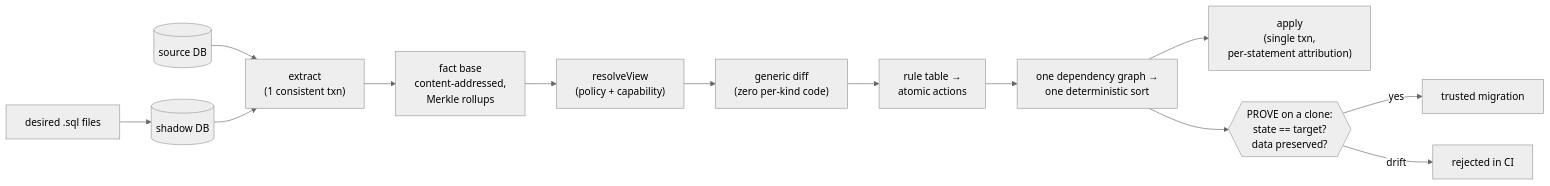
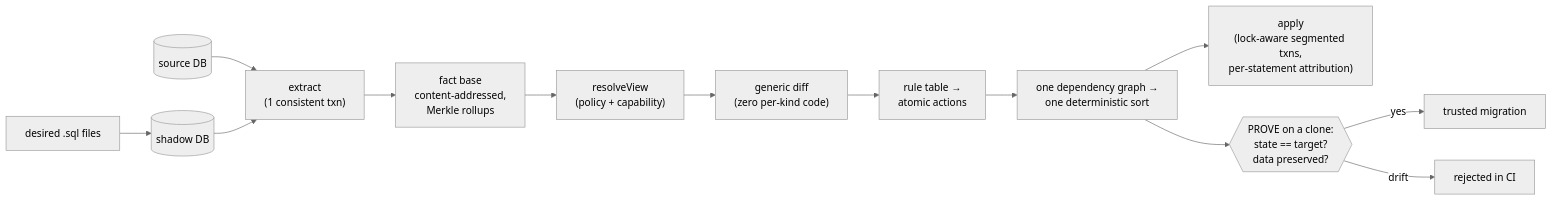
The third of 4 diagrams in docs/overview.md (supabase/pg-delta), drawn with Mermaid (neutral theme) before and after one commit. The commit also changed other lines of this file and 9 other files, not shown here.

Commit message:
docs(pg-delta): convert diagrams to Mermaid and fix stale/incorrect claims (#449)

````diff
--- a/docs/overview.md
+++ b/docs/overview.md
@@ -129,14 +129,14 @@
 ```mermaid
 flowchart LR
     DB[(source DB)] --> EX
     SQL["desired .sql files"] --> SH[(shadow DB)] --> EX
     EX["extract<br/>(1 consistent txn)"] --> FB["fact base<br/>content-addressed,<br/>Merkle rollups"]
     FB --> VIEW["resolveView<br/>(policy + capability)"]
     VIEW --> DIFF["generic diff<br/>(zero per-kind code)"]
     DIFF --> RULES["rule table →<br/>atomic actions"]
     RULES --> GRAPH["one dependency graph →<br/>one deterministic sort"]
-    GRAPH --> APPLY["apply<br/>(single txn,<br/>per-statement attribution)"]
+    GRAPH --> APPLY["apply<br/>(lock-aware segmented txns,<br/>per-statement attribution)"]
     GRAPH --> PROVE{{"PROVE on a clone:<br/>state == target?<br/>data preserved?"}}
     PROVE -->|yes| TRUST["trusted migration"]
     PROVE -->|drift| REJECT["rejected in CI"]
 ```
````
